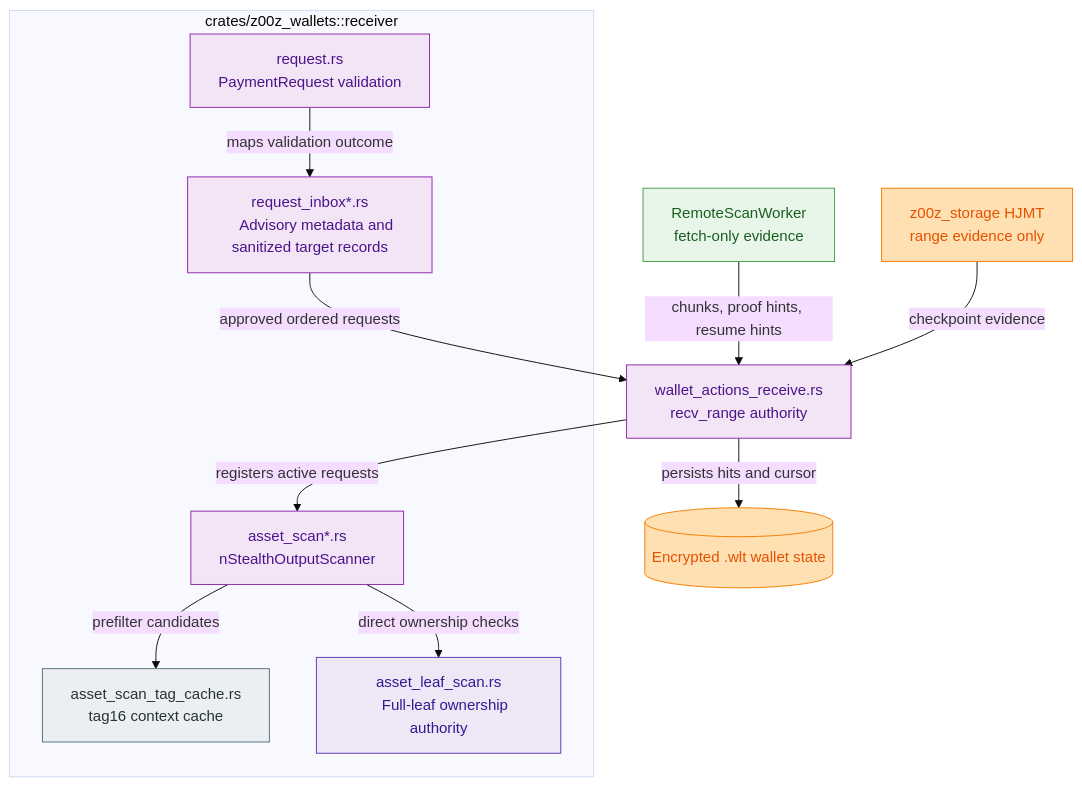
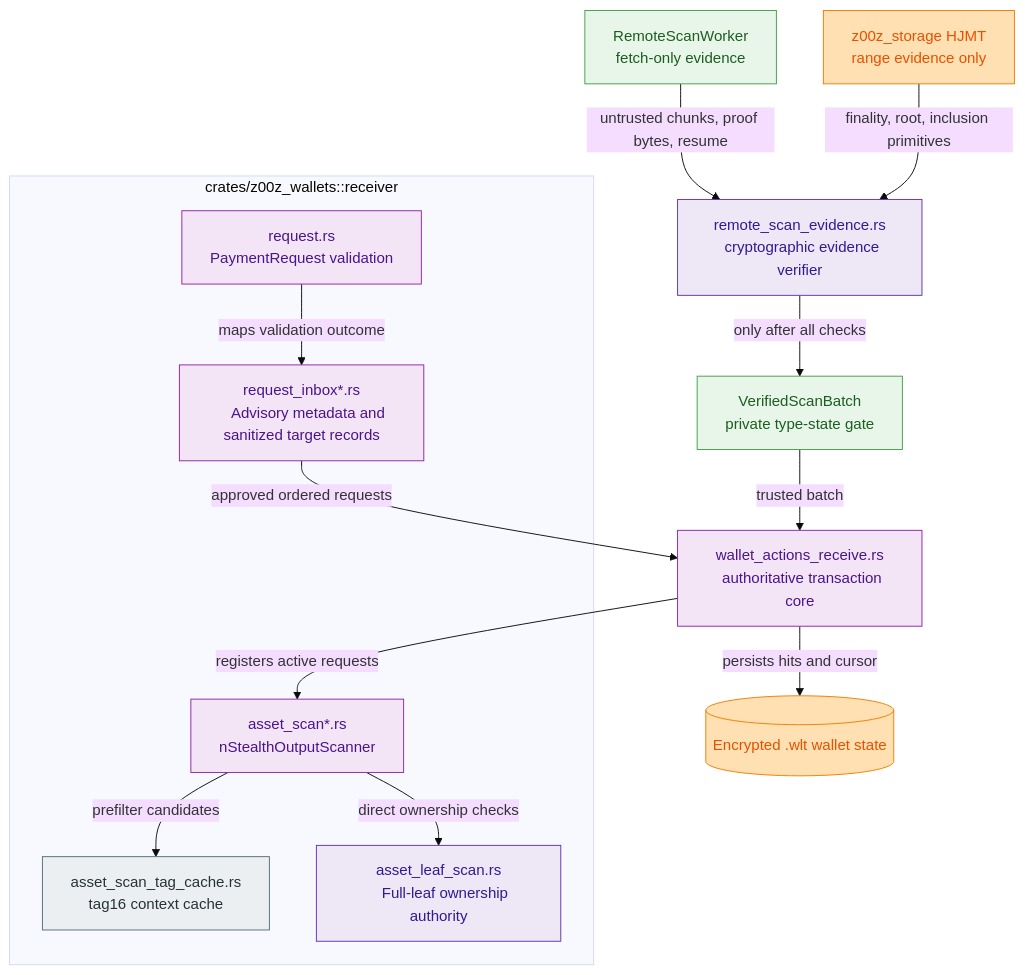
Before and after one commit to z00z-labs/z00z: the third of 14 diagrams in .planning/phases/071-Request-Bound-Inbox/071-Request-Bound-Inbox-Spec.md, drawn with Mermaid (base theme). The commit also changed other lines of this file and 189 other files, not shown here.

````diff
--- a/.planning/phases/071-Request-Bound-Inbox/071-Request-Bound-Inbox-Spec.md
+++ b/.planning/phases/071-Request-Bound-Inbox/071-Request-Bound-Inbox-Spec.md
@@ -407,42 +408,50 @@
 ```mermaid
 flowchart TD
   subgraph ReceiverContainer[crates/z00z_wallets::receiver]
     Request[request.rs
     PaymentRequest validation]
     Inbox[request_inbox*.rs
     Advisory metadata and sanitized target records]
     Scanner[asset_scan*.rs
     nStealthOutputScanner]
     TagCache[asset_scan_tag_cache.rs
     tag16 context cache]
     LeafScan[asset_leaf_scan.rs
     Full-leaf ownership authority]
   end
 
+  Evidence[remote_scan_evidence.rs
+  cryptographic evidence verifier]
+  Verified[VerifiedScanBatch
+  private type-state gate]
   Service[wallet_actions_receive.rs
-  recv_range authority]
+  authoritative transaction core]
   Db[(Encrypted .wlt wallet state)]
   Worker[RemoteScanWorker
   fetch-only evidence]
   HJMT[z00z_storage HJMT
   range evidence only]
 
   Request -->|maps validation outcome| Inbox
   Inbox -->|approved ordered requests| Service
   Service -->|registers active requests| Scanner
   Scanner -->|prefilter candidates| TagCache
   Scanner -->|direct ownership checks| LeafScan
   Service -->|persists hits and cursor| Db
-  Worker -->|chunks, proof hints, resume hints| Service
-  HJMT -->|checkpoint evidence| Service
+  Worker -->|untrusted chunks, proof bytes, resume| Evidence
+  HJMT -->|finality, root, inclusion primitives| Evidence
+  Evidence -->|only after all checks| Verified
+  Verified -->|trusted batch| Service
 
   style Request fill:#F3E5F5,stroke:#8E24AA,stroke-width:1px,color:#4A148C
   style Inbox fill:#F3E5F5,stroke:#8E24AA,stroke-width:1px,color:#4A148C
   style Scanner fill:#F3E5F5,stroke:#8E24AA,stroke-width:1px,color:#4A148C
   style TagCache fill:#ECEFF1,stroke:#546E7A,stroke-width:1px,color:#263238
   style LeafScan fill:#EDE7F6,stroke:#5E35B1,stroke-width:1px,color:#311B92
   style Service fill:#F3E5F5,stroke:#8E24AA,stroke-width:1px,color:#4A148C
+  style Evidence fill:#EDE7F6,stroke:#5E35B1,stroke-width:1px,color:#311B92
+  style Verified fill:#E8F5E9,stroke:#43A047,stroke-width:1px,color:#1B5E20
   style Db fill:#FFE0B2,stroke:#F57C00,stroke-width:1px,color:#E65100
   style Worker fill:#E8F5E9,stroke:#43A047,stroke-width:1px,color:#1B5E20
   style HJMT fill:#FFE0B2,stroke:#F57C00,stroke-width:1px,color:#E65100
 ```
````
